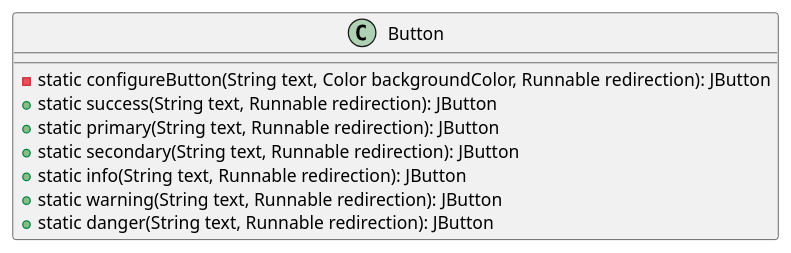
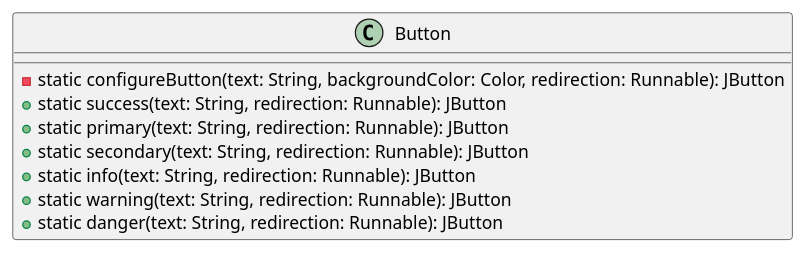
Before and after one commit to GiulianoPoeta99/tpi-gestor-academico: the diagram in src/uml/common/components/Button.puml, drawn with PlantUML. The commit also changed 10 other files, not shown here.

Commit message:
se corrigio nomenclatura de uml

```diff
--- a/src/uml/common/components/Button.puml
+++ b/src/uml/common/components/Button.puml
@@ -1,13 +1,13 @@
 @startuml
 
 class Button {
-    - static configureButton(String text, Color backgroundColor, Runnable redirection): JButton
-    + static success(String text, Runnable redirection): JButton
-    + static primary(String text, Runnable redirection): JButton
-    + static secondary(String text, Runnable redirection): JButton
-    + static info(String text, Runnable redirection): JButton
-    + static warning(String text, Runnable redirection): JButton
-    + static danger(String text, Runnable redirection): JButton
+    - static configureButton(text: String, backgroundColor: Color, redirection: Runnable): JButton
+    + static success(text: String, redirection: Runnable): JButton
+    + static primary(text: String, redirection: Runnable): JButton
+    + static secondary(text: String, redirection: Runnable): JButton
+    + static info(text: String, redirection: Runnable): JButton
+    + static warning(text: String, redirection: Runnable): JButton
+    + static danger(text: String, redirection: Runnable): JButton
 }
 
 @enduml
```
